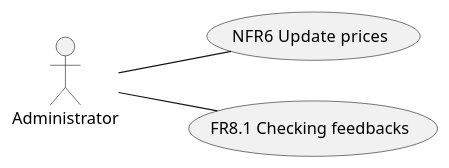
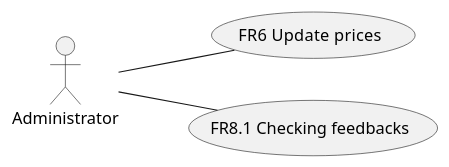
The fourth of 4 diagrams in REQ_s269901.md (SoftengPoliTo/Lab2), drawn with PlantUML before and after one commit. The commit also changed other lines of this file, not shown here.

````diff
--- a/REQ_s269901.md
+++ b/REQ_s269901.md
@@ -122,6 +122,6 @@
 ```plantuml
 left to right direction
 actor Administrator as a
-a -- (NFR6  Update prices)
+a -- (FR6  Update prices)
 a -- (FR8.1 Checking feedbacks)
 ```
````
